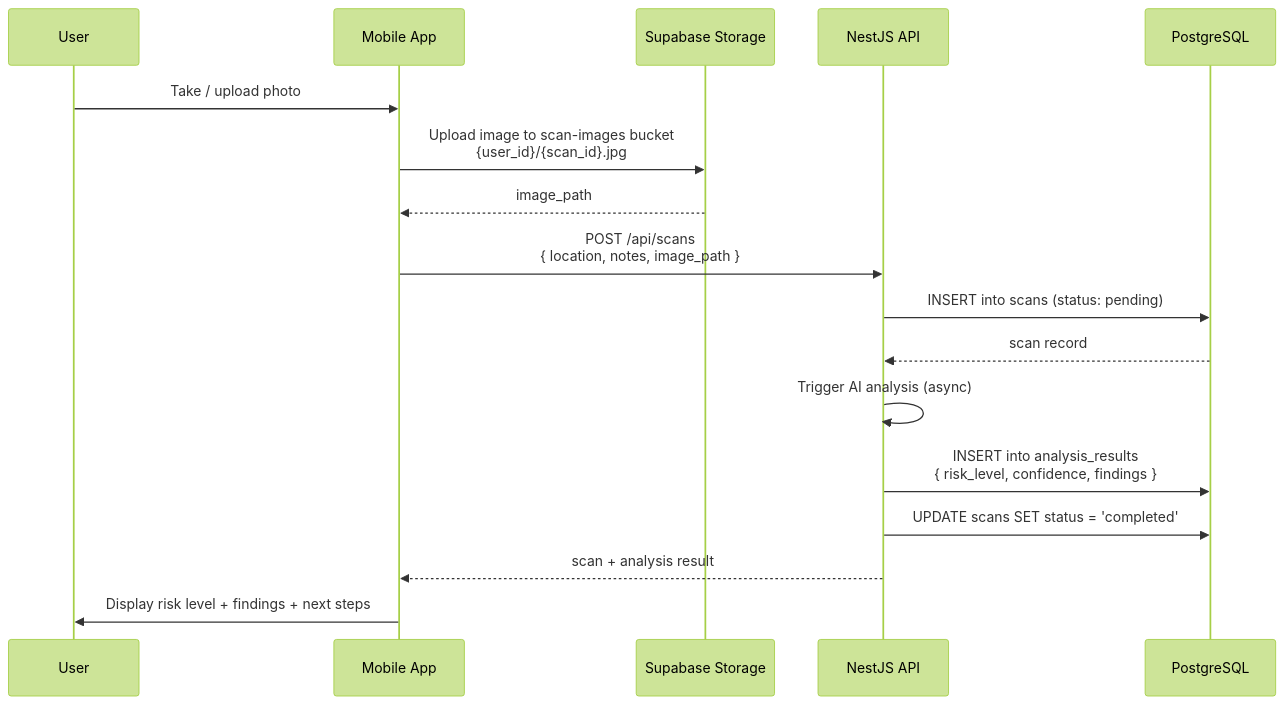
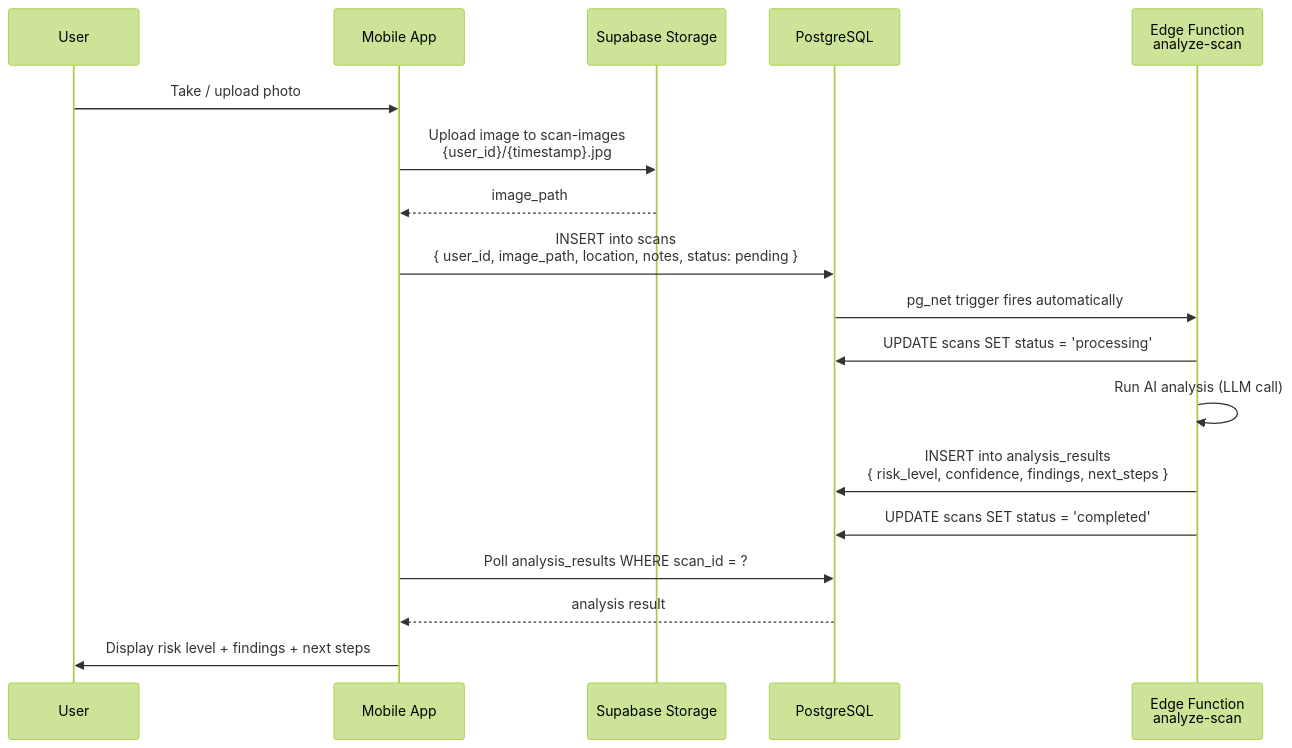
One commit to NicolePetitt12/HomeHealthAI changed the second of 3 diagrams in documentation/architecture.md. Above: the diagram before and after it, drawn with Mermaid (forest theme). The commit also changed other lines of this file and 33 other files, not shown here.

First line of the commit message:
feat: add mock analysis data for risk assessment results

````diff
--- a/documentation/architecture.md
+++ b/documentation/architecture.md
@@ -47,20 +39,21 @@
 ```mermaid
 sequenceDiagram
     participant User
     participant Mobile as Mobile App
-    participant Supabase as Supabase Storage
-    participant API as NestJS API
+    participant Storage as Supabase Storage
     participant DB as PostgreSQL
+    participant Fn as Edge Function<br/>analyze-scan
 
     User->>Mobile: Take / upload photo
-    Mobile->>Supabase: Upload image to scan-images bucket<br/>{user_id}/{scan_id}.jpg
-    Supabase-->>Mobile: image_path
-    Mobile->>API: POST /api/scans<br/>{ location, notes, image_path }
-    API->>DB: INSERT into scans (status: pending)
-    DB-->>API: scan record
-    API->>API: Trigger AI analysis (async)
-    API->>DB: INSERT into analysis_results<br/>{ risk_level, confidence, findings }
-    API->>DB: UPDATE scans SET status = 'completed'
-    API-->>Mobile: scan + analysis result
+    Mobile->>Storage: Upload image to scan-images<br/>{user_id}/{timestamp}.jpg
+    Storage-->>Mobile: image_path
+    Mobile->>DB: INSERT into scans<br/>{ user_id, image_path, location, notes, status: pending }
+    DB->>Fn: pg_net trigger fires automatically
+    Fn->>DB: UPDATE scans SET status = 'processing'
+    Fn->>Fn: Run AI analysis (LLM call)
+    Fn->>DB: INSERT into analysis_results<br/>{ risk_level, confidence, findings, next_steps }
+    Fn->>DB: UPDATE scans SET status = 'completed'
+    Mobile->>DB: Poll analysis_results WHERE scan_id = ?
+    DB-->>Mobile: analysis result
     Mobile->>User: Display risk level + findings + next steps
 ```
````
